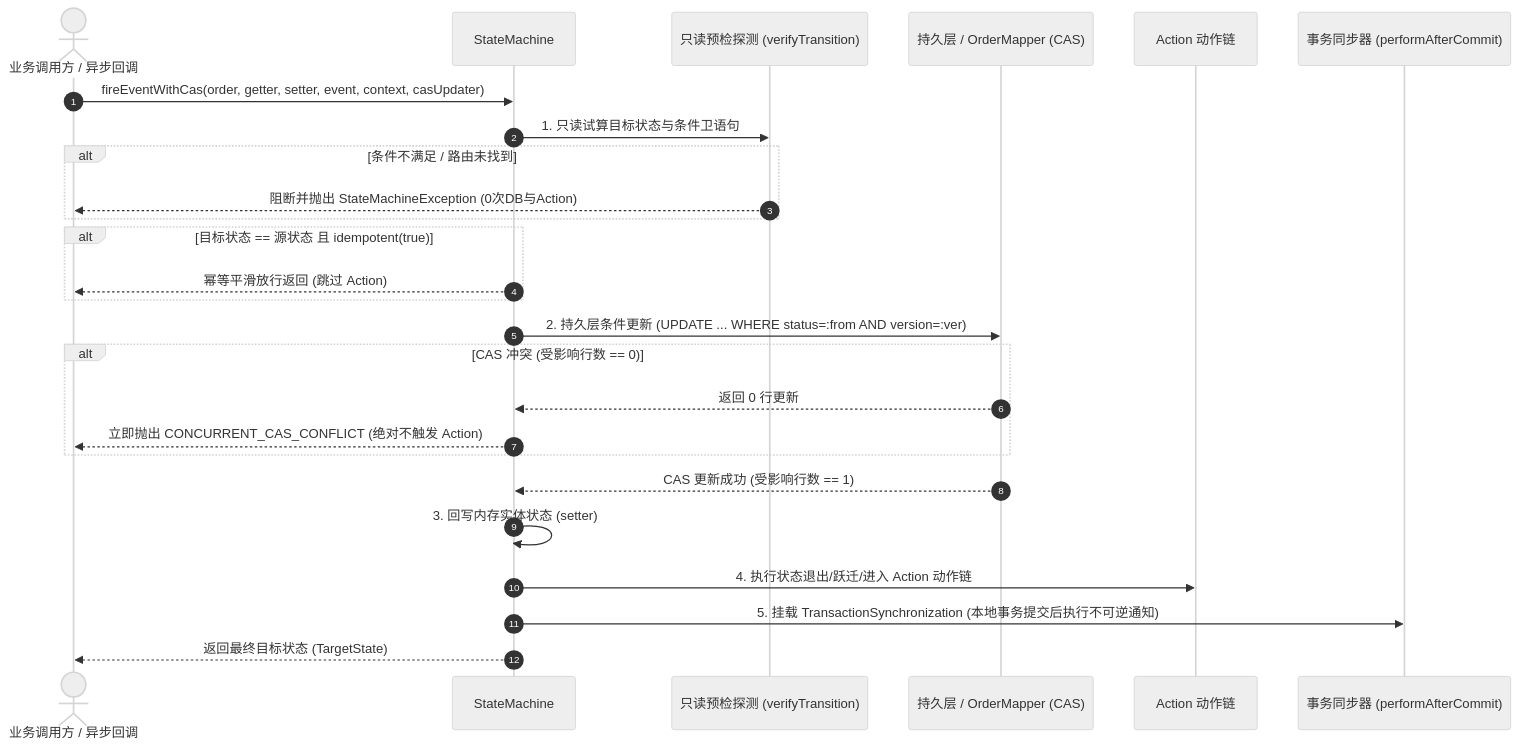
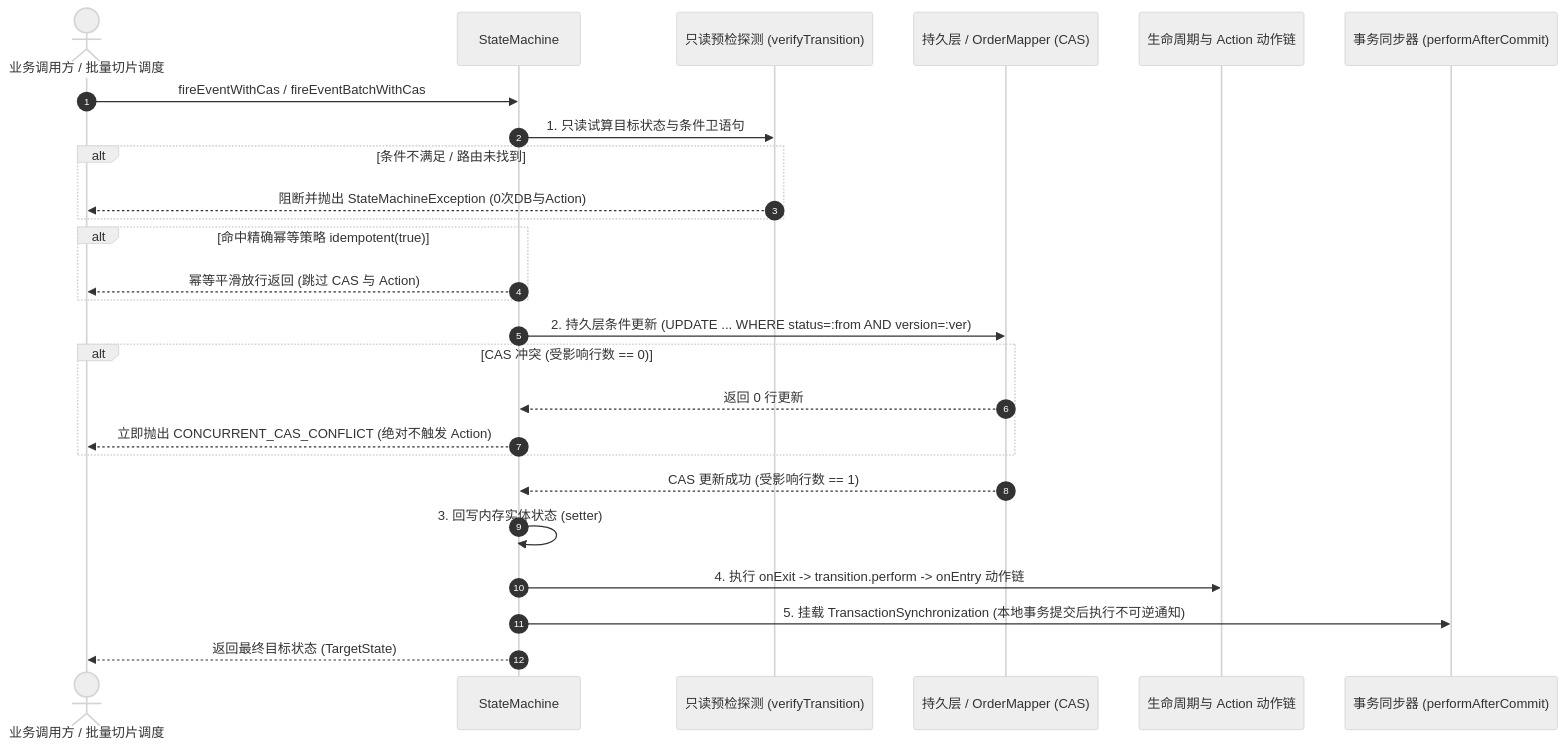
The second of 2 diagrams in ateng-boot-statemachine/README.md (atengk/ateng-boot), drawn with Mermaid (neutral theme) before and after one commit. The commit also changed other lines of this file and 4 other files, not shown here.

````diff
--- a/ateng-boot-statemachine/README.md
+++ b/ateng-boot-statemachine/README.md
@@ -183,29 +211,29 @@
 ```mermaid
 sequenceDiagram
     autonumber
-    actor Caller as 业务调用方 / 异步回调
+    actor Caller as 业务调用方 / 批量切片调度
     participant SM as StateMachine
     participant Probe as 只读预检探测 (verifyTransition)
     participant DB as 持久层 / OrderMapper (CAS)
-    participant Action as Action 动作链
+    participant Action as 生命周期与 Action 动作链
     participant Sync as 事务同步器 (performAfterCommit)
 
-    Caller->>SM: fireEventWithCas(order, getter, setter, event, context, casUpdater)
+    Caller->>SM: fireEventWithCas / fireEventBatchWithCas
     SM->>Probe: 1. 只读试算目标状态与条件卫语句
     alt 条件不满足 / 路由未找到
         Probe-->>Caller: 阻断并抛出 StateMachineException (0次DB与Action)
     end
-    alt 目标状态 == 源状态 且 idempotent(true)
-        SM-->>Caller: 幂等平滑放行返回 (跳过 Action)
+    alt 命中精确幂等策略 idempotent(true)
+        SM-->>Caller: 幂等平滑放行返回 (跳过 CAS 与 Action)
     end
     SM->>DB: 2. 持久层条件更新 (UPDATE ... WHERE status=:from AND version=:ver)
     alt CAS 冲突 (受影响行数 == 0)
         DB-->>SM: 返回 0 行更新
         SM-->>Caller: 立即抛出 CONCURRENT_CAS_CONFLICT (绝对不触发 Action)
     end
     DB-->>SM: CAS 更新成功 (受影响行数 == 1)
     SM->>SM: 3. 回写内存实体状态 (setter)
-    SM->>Action: 4. 执行状态退出/跃迁/进入 Action 动作链
+    SM->>Action: 4. 执行 onExit -> transition.perform -> onEntry 动作链
     SM->>Sync: 5. 挂载 TransactionSynchronization (本地事务提交后执行不可逆通知)
     SM-->>Caller: 返回最终目标状态 (TargetState)
 ```
````
